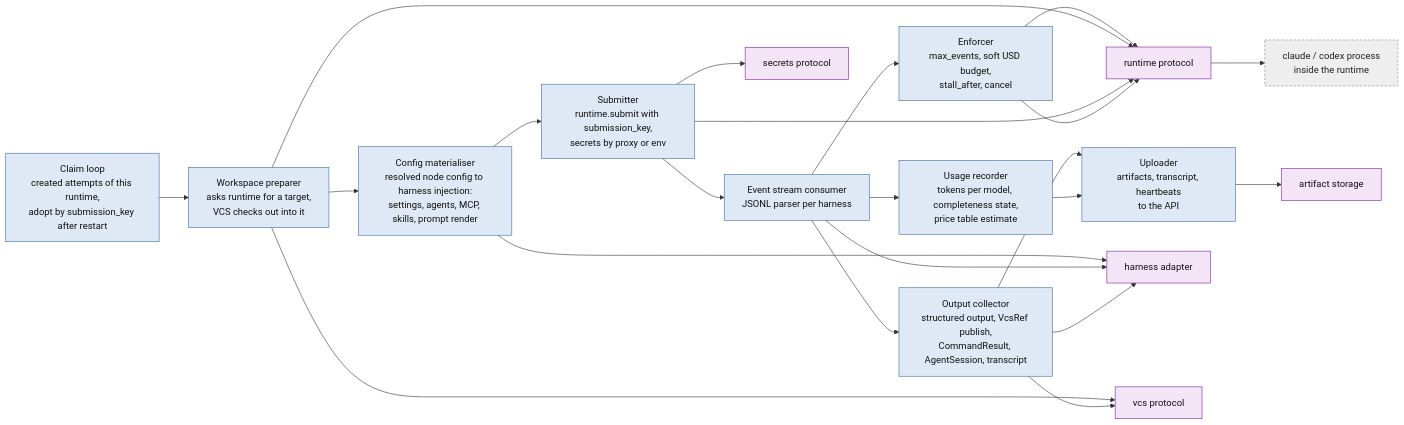
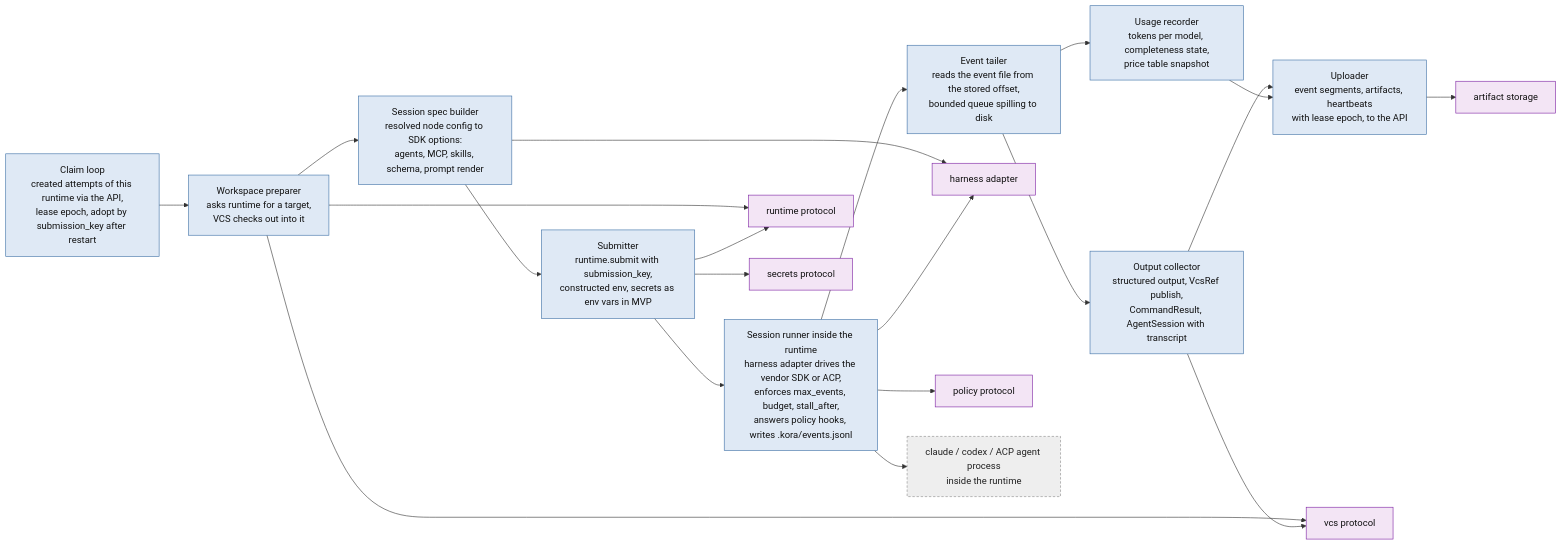
One commit to klukashka/kora changed the fourth of 6 diagrams in docs/design/architecture.md. Above: the diagram before and after it, drawn with Mermaid. The commit also changed other lines of this file and 11 other files, not shown here.

````diff
--- a/docs/design/architecture.md
+++ b/docs/design/architecture.md
@@ -160,34 +160,35 @@
 ```mermaid
 flowchart LR
     classDef c fill:#dfe9f5,stroke:#3b6ea5,color:#111
     classDef plugin fill:#f3e5f5,stroke:#7b1fa2,color:#111
     classDef ext fill:#eeeeee,stroke:#888,color:#222,stroke-dasharray: 4 3
 
-    CL[Claim loop<br/>created attempts of this runtime,<br/>adopt by submission_key after restart]:::c
+    CL[Claim loop<br/>created attempts of this runtime via the API,<br/>lease epoch, adopt by submission_key after restart]:::c
     WS[Workspace preparer<br/>asks runtime for a target,<br/>VCS checks out into it]:::c
-    CFG[Config materialiser<br/>resolved node config to harness injection:<br/>settings, agents, MCP, skills, prompt render]:::c
-    SUB[Submitter<br/>runtime.submit with submission_key,<br/>secrets by proxy or env]:::c
-    STR[Event stream consumer<br/>JSONL parser per harness]:::c
-    ENF[Enforcer<br/>max_events, soft USD budget,<br/>stall_after, cancel]:::c
-    COL[Output collector<br/>structured output, VcsRef publish,<br/>CommandResult, AgentSession, transcript]:::c
-    USG[Usage recorder<br/>tokens per model, completeness state,<br/>price table estimate]:::c
-    UP[Uploader<br/>artifacts, transcript, heartbeats<br/>to the API]:::c
+    CFG[Session spec builder<br/>resolved node config to SDK options:<br/>agents, MCP, skills, schema, prompt render]:::c
+    SUB[Submitter<br/>runtime.submit with submission_key,<br/>constructed env, secrets as env vars in MVP]:::c
+    RUN[Session runner inside the runtime<br/>harness adapter drives the vendor SDK or ACP,<br/>enforces max_events, budget, stall_after,<br/>answers policy hooks, writes .kora/events.jsonl]:::c
+    STR[Event tailer<br/>reads the event file from the stored offset,<br/>bounded queue spilling to disk]:::c
+    COL[Output collector<br/>structured output, VcsRef publish,<br/>CommandResult, AgentSession with transcript]:::c
+    USG[Usage recorder<br/>tokens per model, completeness state,<br/>price table snapshot]:::c
+    UP[Uploader<br/>event segments, artifacts, heartbeats<br/>with lease epoch, to the API]:::c
 
     P_RT[runtime protocol]:::plugin
     P_HA[harness adapter]:::plugin
+    P_POL[policy protocol]:::plugin
     P_VCS[vcs protocol]:::plugin
     P_SEC[secrets protocol]:::plugin
     P_AST[artifact storage]:::plugin
-    HARN[claude / codex process<br/>inside the runtime]:::ext
+    HARN[claude / codex / ACP agent process<br/>inside the runtime]:::ext
 
-    CL --> WS --> CFG --> SUB --> STR --> COL --> UP
-    STR --> ENF --> P_RT
+    CL --> WS --> CFG --> SUB --> RUN --> STR --> COL --> UP
     STR --> USG --> UP
     WS --> P_VCS
-    WS & SUB & ENF --> P_RT
-    CFG & STR & COL --> P_HA
+    WS & SUB --> P_RT
+    CFG --> P_HA
+    RUN --> P_HA & P_POL
     SUB --> P_SEC
     COL --> P_VCS
     UP --> P_AST
-    P_RT --> HARN
+    RUN --> HARN
 ```
````
